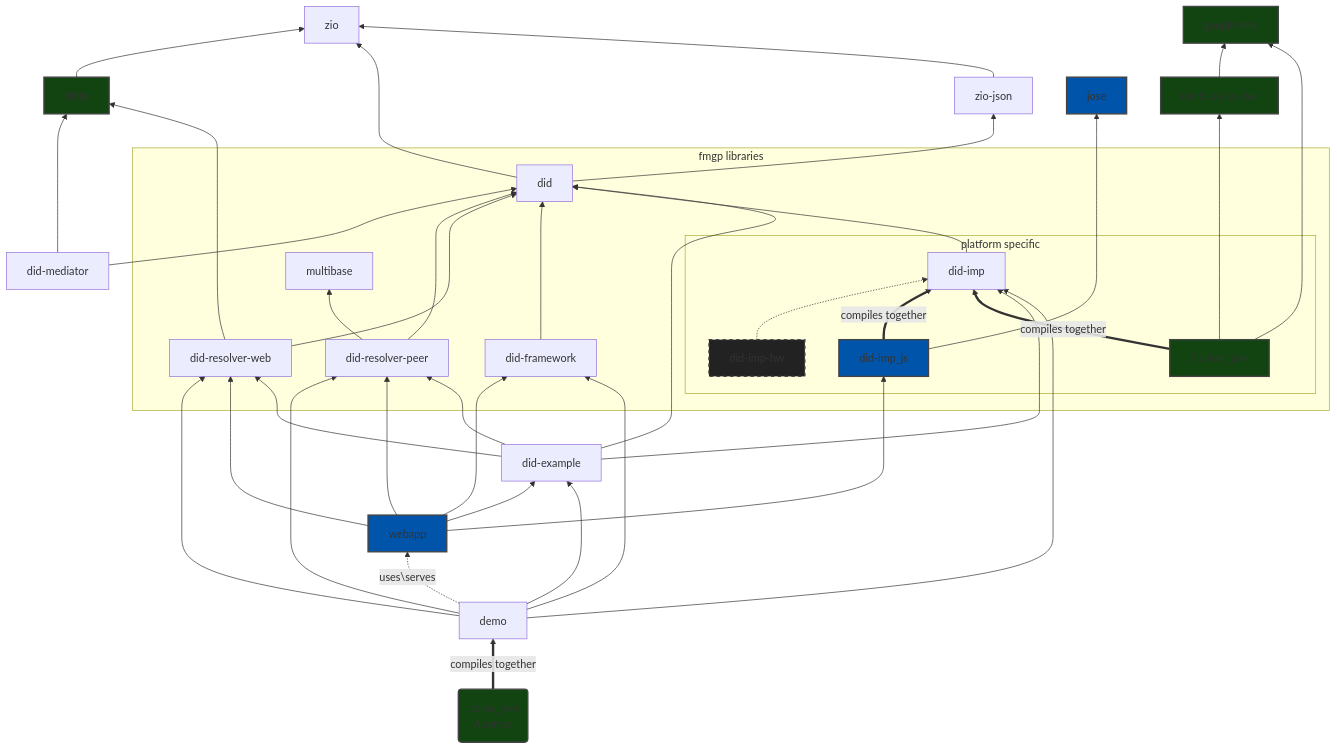
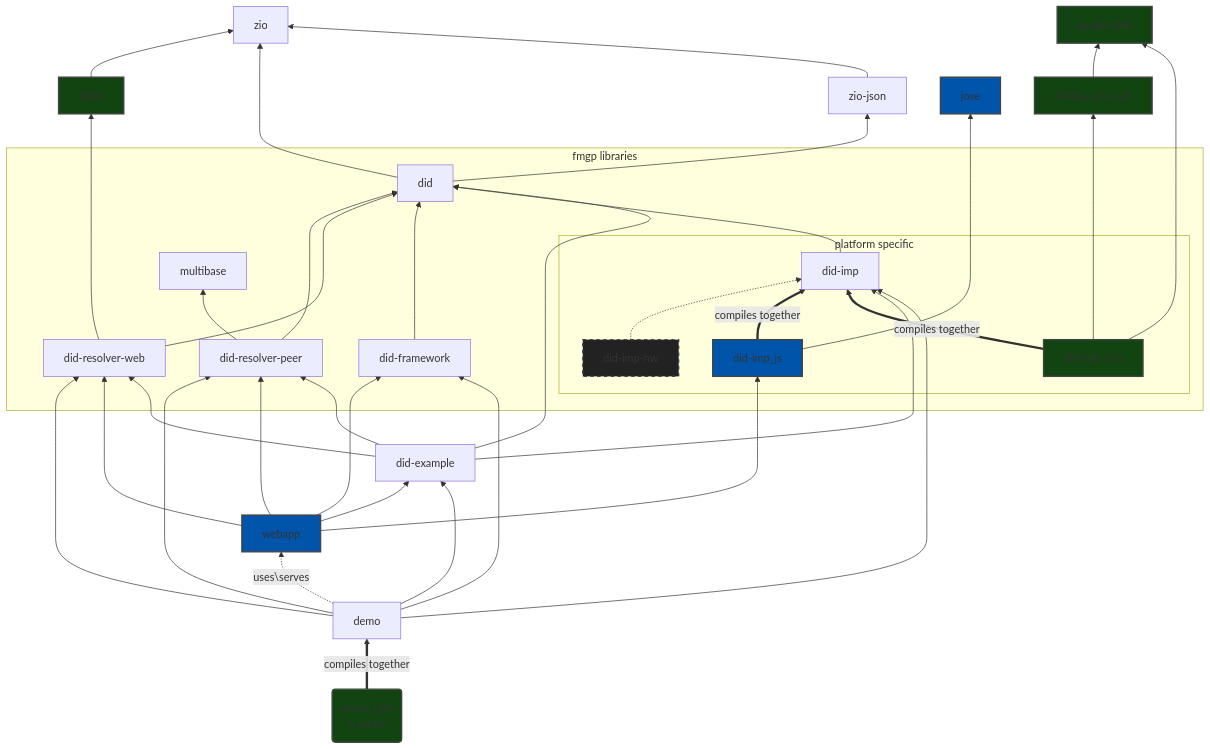
One commit to FabioPinheiro/scala-did changed the diagram in README.md. Above: the diagram before and after it, drawn with Mermaid. The commit also changed 8 other files, not shown here.

Commit message:
Delete did-mediator module

````diff
--- a/README.md
+++ b/README.md
@@ -109,57 +109,55 @@
 ```mermaid
 flowchart BT
 
   zhttp --> zio
   did --> zio
   zio-json --> zio
   did --> zio-json
-  did-mediator ---> zhttp:::JVM
-  did-mediator --> did 
   did-resolver-web ----> zhttp:::JVM
 
   subgraph fmgp libraries
     did-resolver-peer --> multibase
     subgraph platform specific
       did-imp
       did-imp-hw:::Others -.-> did-imp
       did-imp_js:::JS ==>|compiles together| did-imp
       did-imp_jvm:::JVM ==>|compiles together| did-imp
     end
     did-resolver-peer --> did
     did-resolver-web --> did
     did-framework --> did
     did-imp --> did
   end
 
   did-example ----> did
   did-example --> did-imp
   demo --> did-imp 
 
   did-imp_jvm:::JVM ----> nimbus-jose-jwt:::JVM --> google-tink:::JVM
   did-imp_jvm:::JVM ---> google-tink
 
   did-imp_js ----> jose:::JS
 
   %% subgraph demo/docs
     webapp:::JS --> did-framework
     demo --> did-framework
     demo --> did-resolver-web
     demo --> did-resolver-peer
     webapp:::JS --> did-imp_js
     webapp:::JS  --> did-resolver-web
     webapp:::JS  --> did-resolver-peer
     webapp:::JS  --> did-example
     demo  --> did-example
     demo -.->|uses\serves| webapp
 
     demo_jvm(demo_jvm\nA server):::JVM ==>|compiles together| demo
 
     did-example  --> did-resolver-peer
     did-example  --> did-resolver-web
   %% end
 
   classDef JVM fill:#141,stroke:#444,stroke-width:2px;
   classDef JS fill:#05a,stroke:#444,stroke-width:2px;
   classDef Others fill:#222,stroke:#444,stroke-width:2px,stroke-dasharray: 5 5;
 
 ```
````
